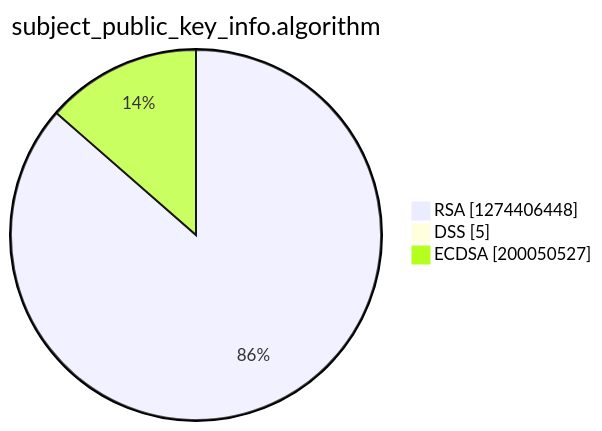
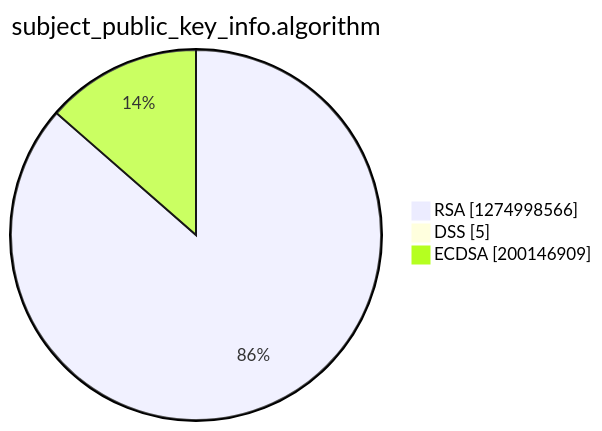
One commit to christiankrug/ctmonitor_visualization changed the third of 15 diagrams in argon2022/README.md. Above: the diagram before and after it, drawn with Mermaid. The commit also changed other lines of this file, not shown here.

````diff
--- a/argon2022/README.md
+++ b/argon2022/README.md
@@ -14,7 +14,7 @@
 ```mermaid
 pie showData
 title subject_public_key_info.algorithm
-"RSA" :1274406448
+"RSA" :1274998566
 "DSS" :5
-"ECDSA" :200050527
+"ECDSA" :200146909
 ```
````
